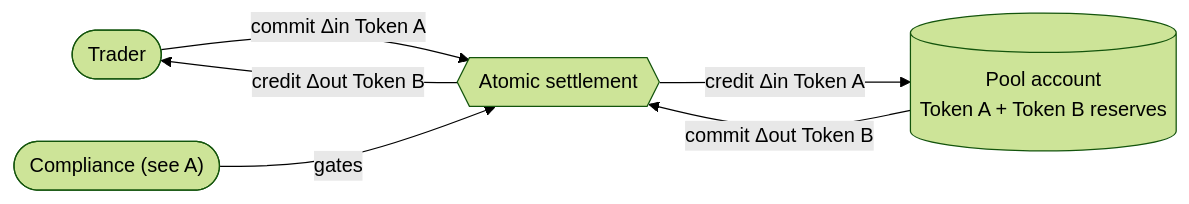
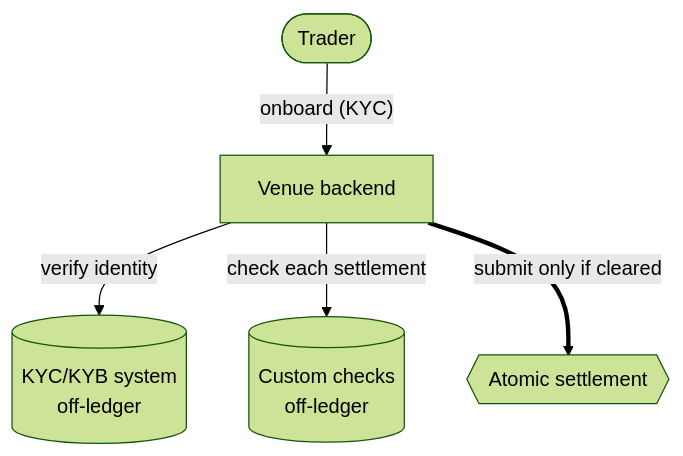
Before and after one commit to OpenZeppelin/canton-specs: the first of 4 diagrams in docs/reference-architectures/dex.md, drawn with Mermaid (forest theme). The commit also changed other lines of this file, not shown here.

````diff
--- a/docs/reference-architectures/dex.md
+++ b/docs/reference-architectures/dex.md
@@ -324,13 +356,13 @@
 ```mermaid
-flowchart LR
+flowchart TD
     Trader([Trader])
-    Compliance(["Compliance (see A)"])
+    Backend["Venue backend"]
+    Kyb[("KYC/KYB system<br/>off-ledger")]
+    Checks[("Custom checks<br/>off-ledger")]
     Settle{{Atomic settlement}}
-    PoolAcct[("Pool account<br/>Token A + Token B reserves")]
 
-    Trader -->|"commit Δin Token A"| Settle
-    PoolAcct -->|"commit Δout Token B"| Settle
-    Compliance -->|"gates"| Settle
-    Settle -->|"credit Δin Token A"| PoolAcct
-    Settle -->|"credit Δout Token B"| Trader
+    Trader -->|"onboard (KYC)"| Backend
+    Backend -->|"verify identity"| Kyb
+    Backend -->|"check each settlement"| Checks
+    Backend ==>|"submit only if cleared"| Settle
 ```
````
